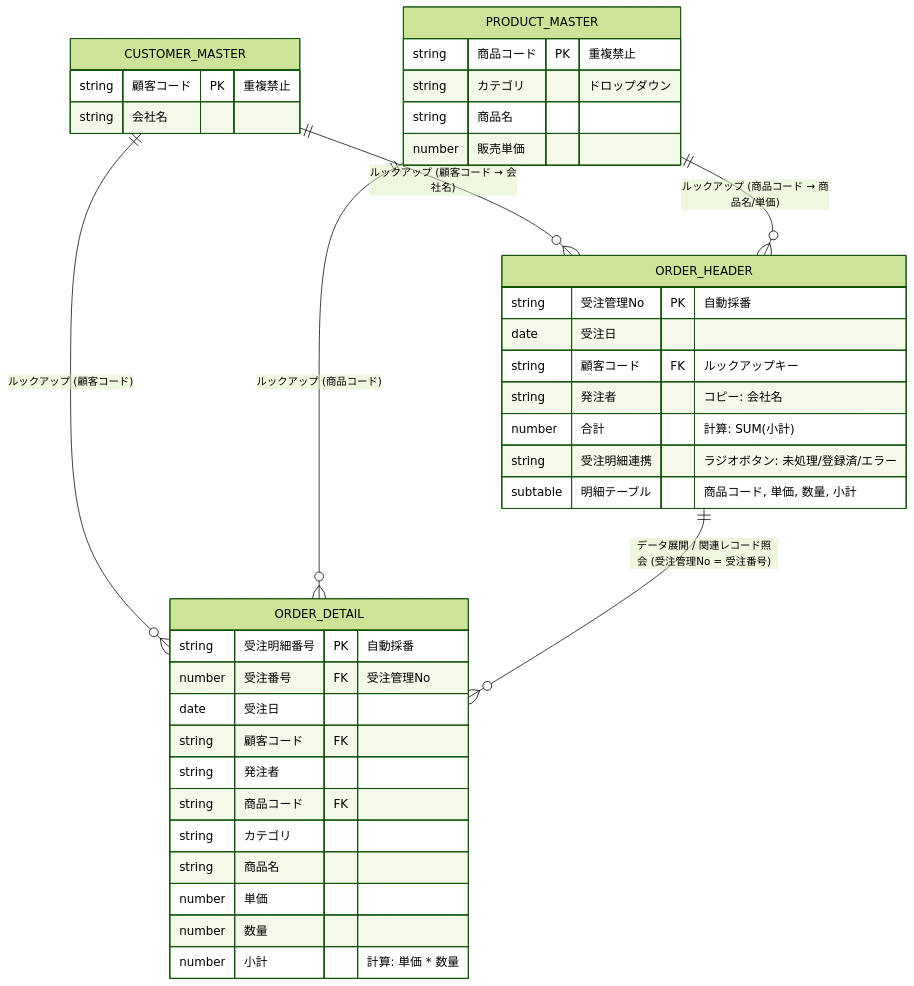
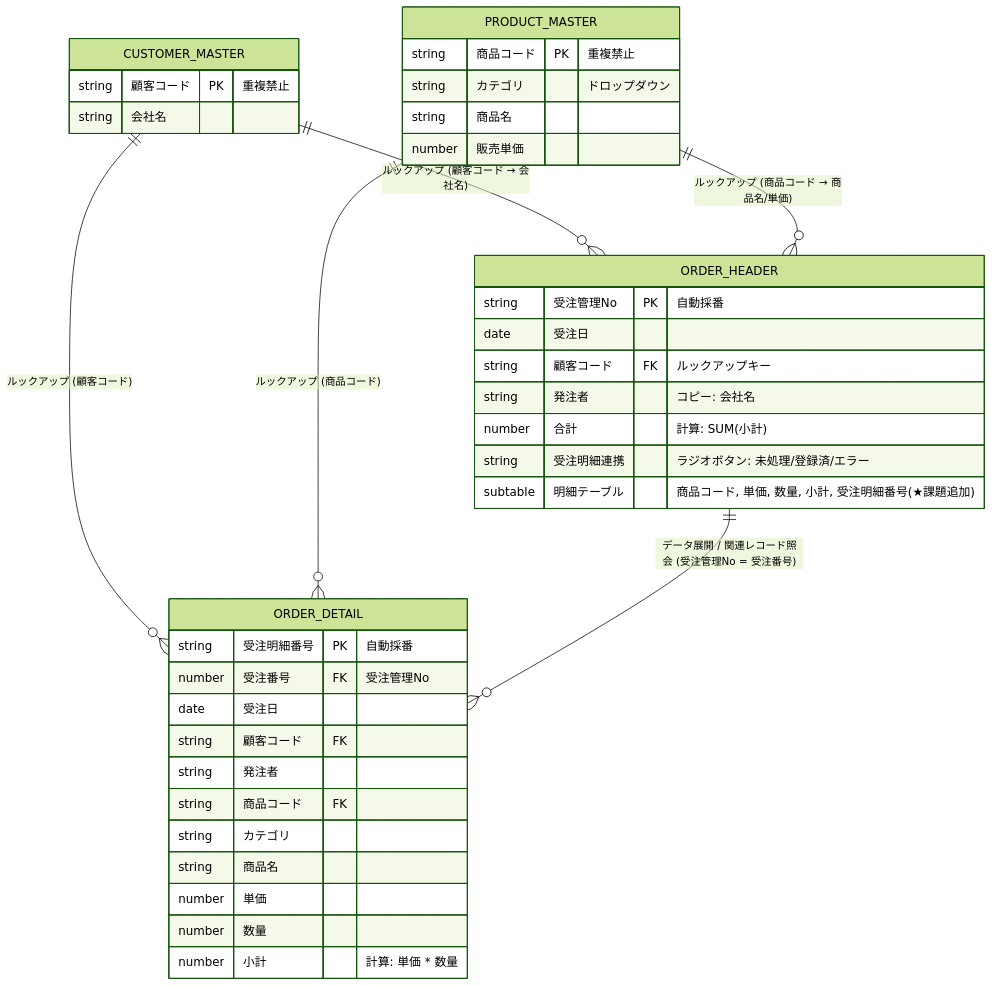
The first of 3 diagrams in docs/受注管理仕様.md (Kazu-matu/kintone-lessen), drawn with Mermaid (forest theme) before and after one commit. The commit also changed other lines of this file and 6 other files, not shown here.

````diff
--- a/docs/受注管理仕様.md
+++ b/docs/受注管理仕様.md
@@ -47,44 +48,44 @@
 ```mermaid
 erDiagram
     CUSTOMER_MASTER ||--o{ ORDER_HEADER : "ルックアップ (顧客コード → 会社名)"
     CUSTOMER_MASTER ||--o{ ORDER_DETAIL : "ルックアップ (顧客コード)"
     PRODUCT_MASTER ||--o{ ORDER_HEADER : "ルックアップ (商品コード → 商品名/単価)"
     PRODUCT_MASTER ||--o{ ORDER_DETAIL : "ルックアップ (商品コード)"
     ORDER_HEADER ||--o{ ORDER_DETAIL : "データ展開 / 関連レコード照会 (受注管理No = 受注番号)"
 
     CUSTOMER_MASTER {
         string 顧客コード PK "重複禁止"
         string 会社名
     }
     
     PRODUCT_MASTER {
         string 商品コード PK "重複禁止"
         string カテゴリ "ドロップダウン"
         string 商品名
         number 販売単価
     }
     
     ORDER_HEADER {
         string 受注管理No PK "自動採番"
         date 受注日
         string 顧客コード FK "ルックアップキー"
         string 発注者 "コピー: 会社名"
         number 合計 "計算: SUM(小計)"
         string 受注明細連携 "ラジオボタン: 未処理/登録済/エラー"
-        subtable 明細テーブル "商品コード, 単価, 数量, 小計"
+        subtable 明細テーブル "商品コード, 単価, 数量, 小計, 受注明細番号(★課題追加)"
     }
     
     ORDER_DETAIL {
         string 受注明細番号 PK "自動採番"
         number 受注番号 FK "受注管理No"
         date 受注日
         string 顧客コード FK
         string 発注者
         string 商品コード FK
         string カテゴリ
         string 商品名
         number 単価
         number 数量
         number 小計 "計算: 単価 * 数量"
     }
 ```
````
